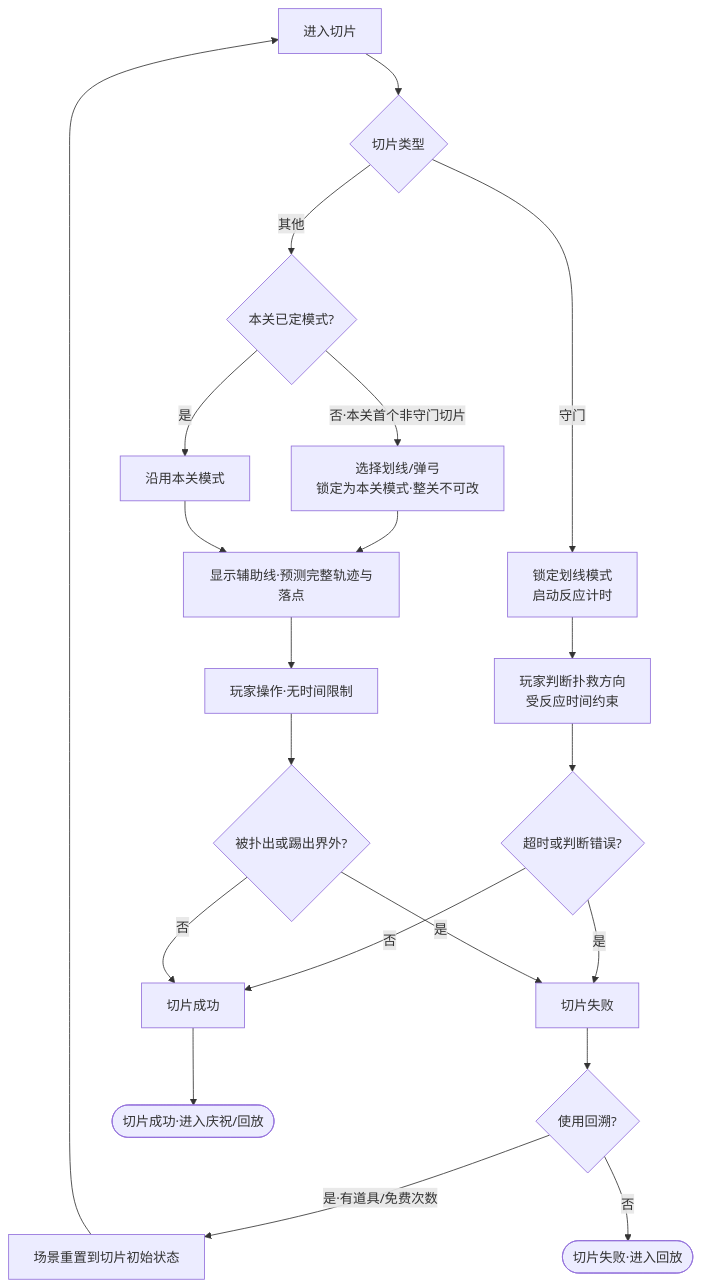
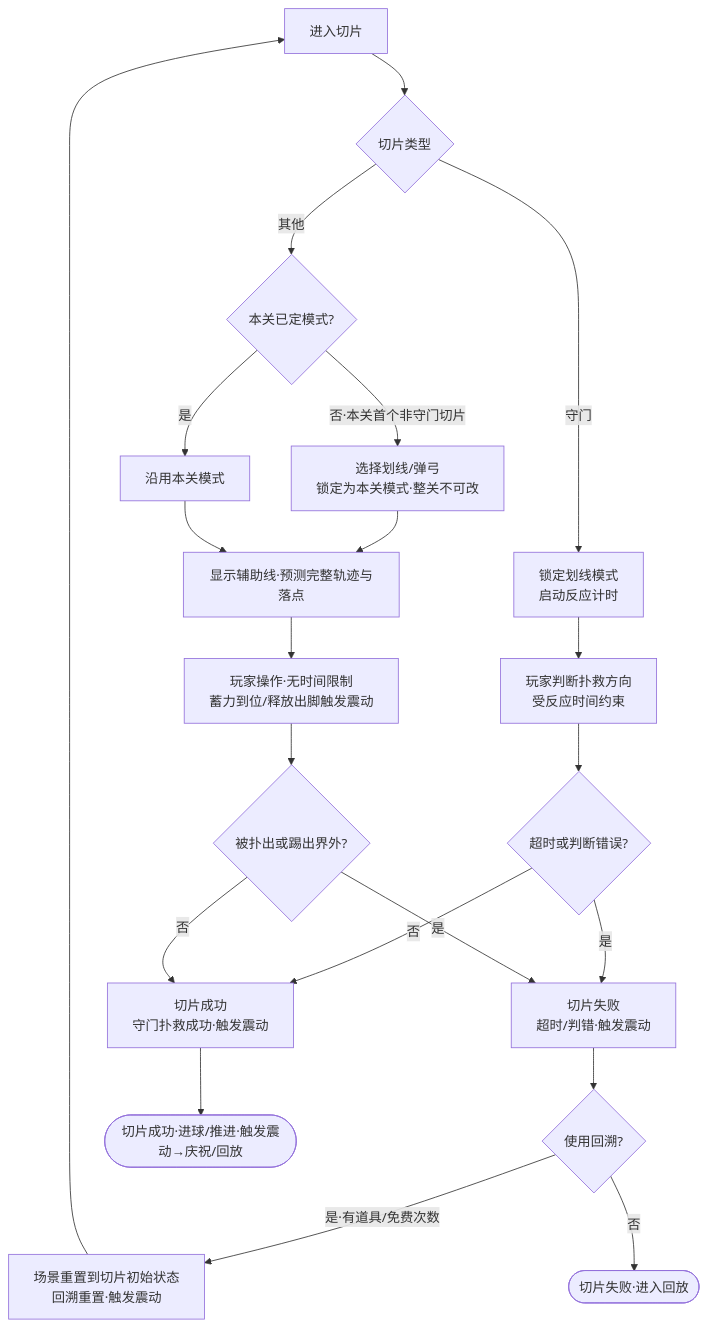
The second of 7 diagrams in output/2026世界杯主题活动-开发文档.md (RehearsalTap4Fun/MindToDoc), drawn with Mermaid before and after one commit. The commit also changed other lines of this file and 1 other file, not shown here.

Commit message:
docs: add 识图标注写文档 workflow and update dev doc

````diff
--- a/output/2026世界杯主题活动-开发文档.md
+++ b/output/2026世界杯主题活动-开发文档.md
@@ -172,22 +181,22 @@
 ```mermaid
 flowchart TD
     A[进入切片] --> B{切片类型}
     B -->|守门| C[锁定划线模式<br/>启动反应计时]
     B -->|其他| D{本关已定模式?}
     D -->|否·本关首个非守门切片| E[选择划线/弹弓<br/>锁定为本关模式·整关不可改]
     D -->|是| F[沿用本关模式]
     E --> G[显示辅助线·预测完整轨迹与落点]
     F --> G
     C --> H[玩家判断扑救方向<br/>受反应时间约束]
-    G --> I[玩家操作·无时间限制]
+    G --> I[玩家操作·无时间限制<br/>蓄力到位/释放出脚触发震动]
     H --> J{超时或判断错误?}
-    J -->|是| K[切片失败]
-    J -->|否| L[切片成功]
+    J -->|是| K[切片失败<br/>超时/判错·触发震动]
+    J -->|否| L[切片成功<br/>守门扑救成功·触发震动]
     I --> M{被扑出或踢出界外?}
     M -->|是| K
     M -->|否| L
     K --> N{使用回溯?}
-    N -->|是·有道具/免费次数| O[场景重置到切片初始状态] --> A
+    N -->|是·有道具/免费次数| O[场景重置到切片初始状态<br/>回溯重置·触发震动] --> A
     N -->|否| P([切片失败·进入回放])
-    L --> Q([切片成功·进入庆祝/回放])
+    L --> Q([切片成功·进球/推进·触发震动→庆祝/回放])
 ```
````
